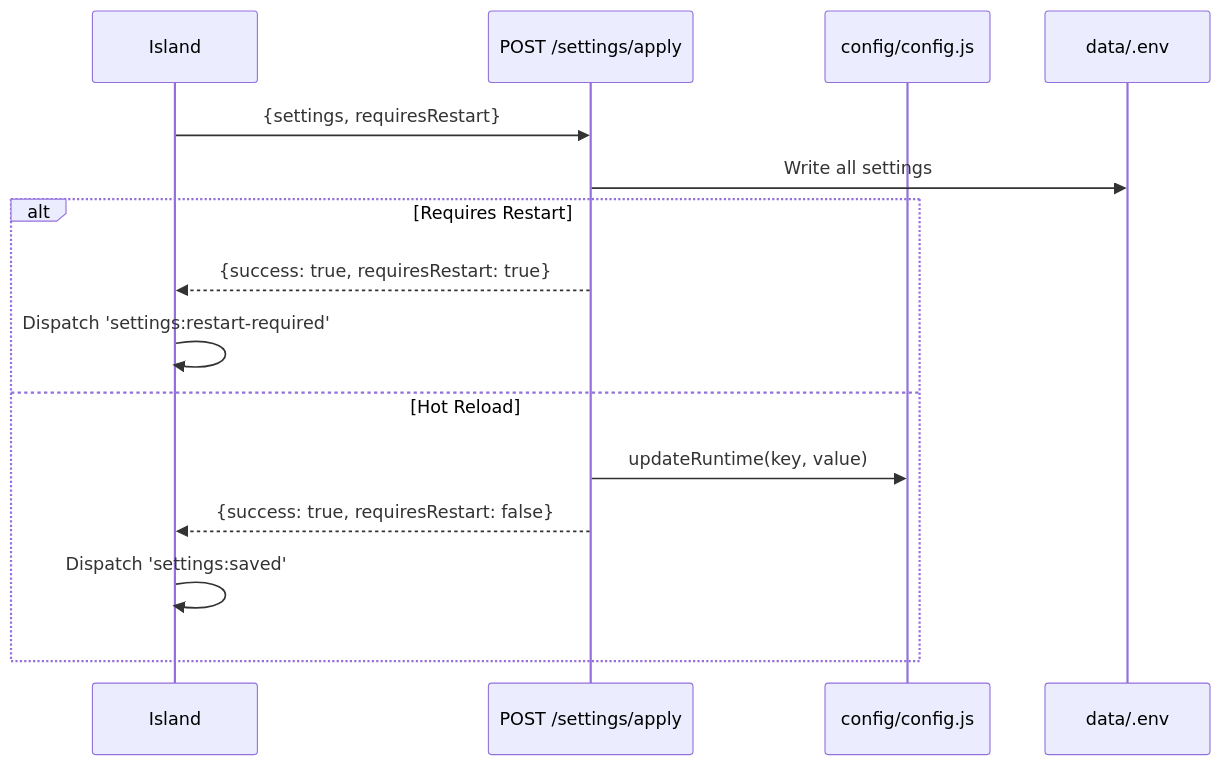
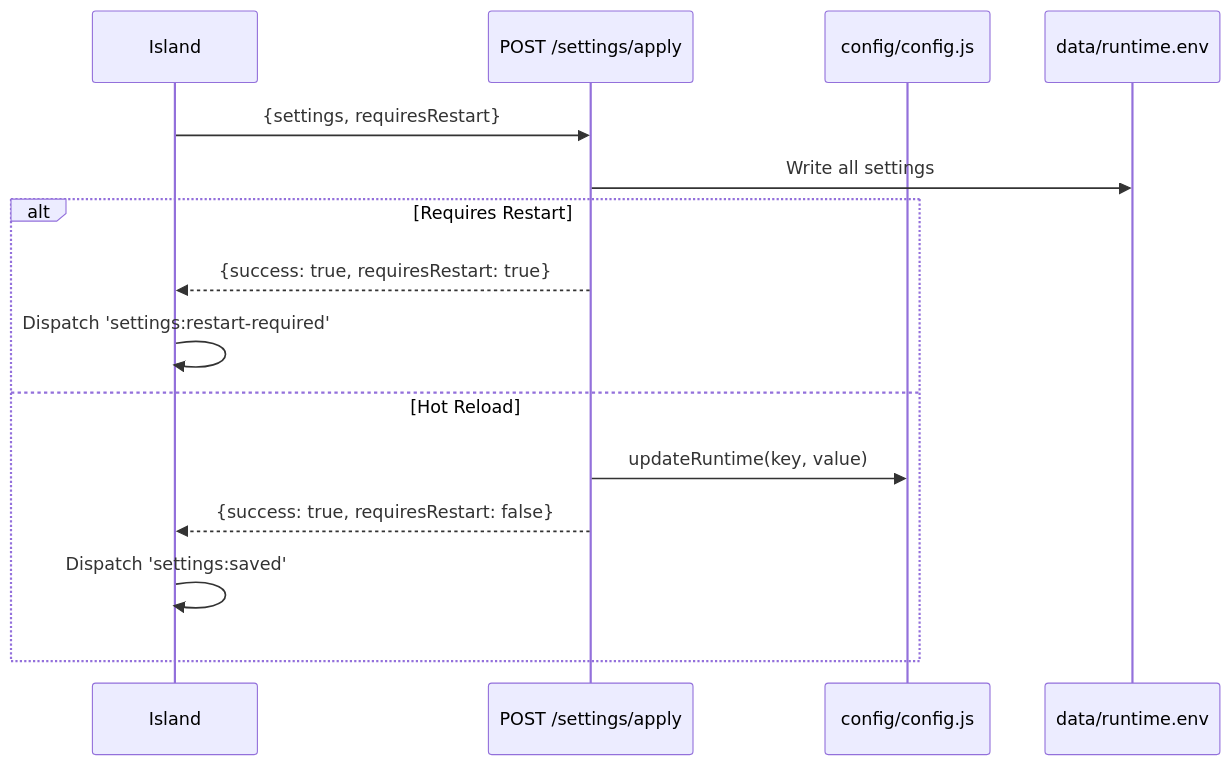
Before and after one commit to Walchshofer/paperless-ai: the second of 2 diagrams in docs/settings/TECH_PLAN.md, drawn with Mermaid. The commit also changed other lines of this file and 15 other files, not shown here.

Commit message:
chore(env): rename data/.env → data/runtime.env; update setupService, scripts, and docs

````diff
--- a/docs/settings/TECH_PLAN.md
+++ b/docs/settings/TECH_PLAN.md
@@ -715,19 +715,19 @@
 ```mermaid
 sequenceDiagram
     participant Island
     participant HotReloadAPI as POST /settings/apply
     participant Config as config/config.js
-    participant EnvFile as data/.env
+    participant EnvFile as data/runtime.env
     
     Island->>HotReloadAPI: {settings, requiresRestart}
     HotReloadAPI->>EnvFile: Write all settings
     
     alt Requires Restart
         HotReloadAPI-->>Island: {success: true, requiresRestart: true}
         Island->>Island: Dispatch 'settings:restart-required'
     else Hot Reload
         HotReloadAPI->>Config: updateRuntime(key, value)
         HotReloadAPI-->>Island: {success: true, requiresRestart: false}
         Island->>Island: Dispatch 'settings:saved'
     end
 ```
````
